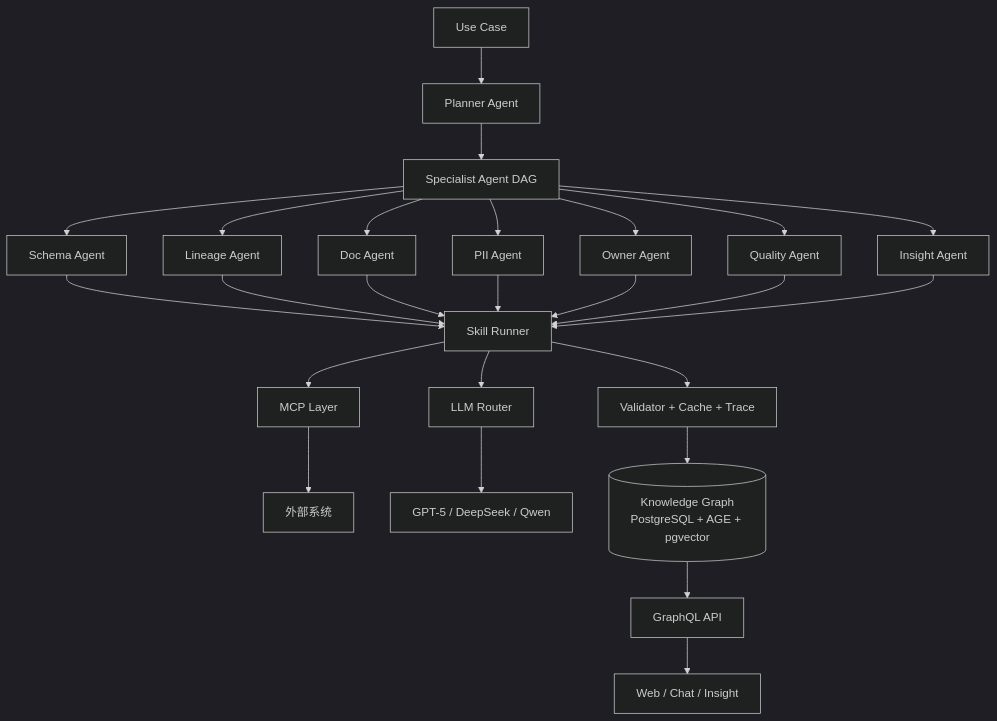
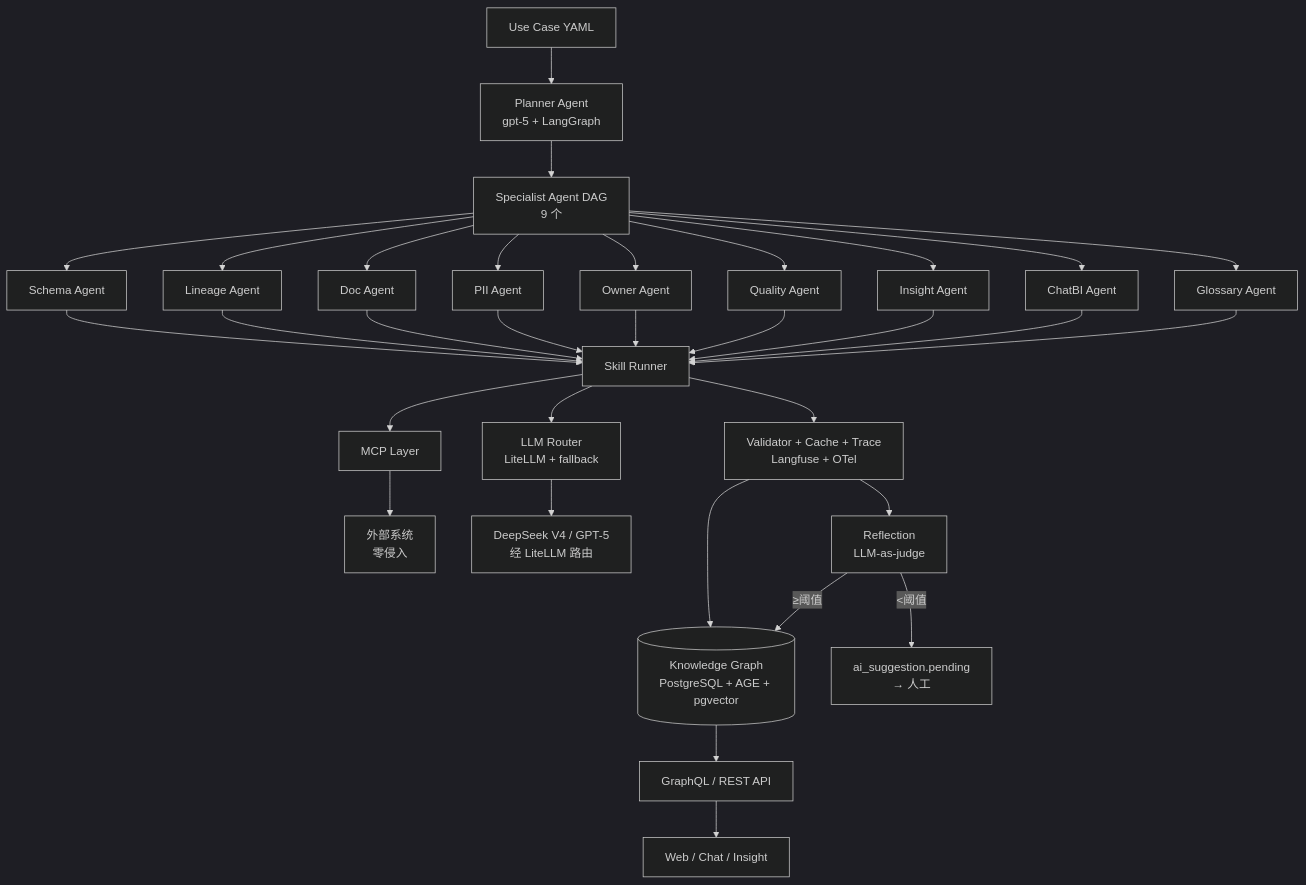
Before and after one commit to gavenlv/idm: the seventh of 11 diagrams in docs/design/architecture.md, drawn with Mermaid (dark theme). The commit also changed other lines of this file and 140 other files, not shown here.

````diff
--- a/docs/design/architecture.md
+++ b/docs/design/architecture.md
@@ -250,27 +365,27 @@
 ```mermaid
 flowchart TB
-    A[Use Case] --> B[Planner Agent]
-    B --> C[Specialist Agent DAG]
+    A[Use Case YAML] --> B[Planner Agent<br/>gpt-5 + LangGraph]
+    B --> C[Specialist Agent DAG<br/>9 个]
     C --> D1[Schema Agent]
     C --> D2[Lineage Agent]
     C --> D3[Doc Agent]
     C --> D4[PII Agent]
     C --> D5[Owner Agent]
     C --> D6[Quality Agent]
     C --> D7[Insight Agent]
+    C --> D8[ChatBI Agent]
+    C --> D9[Glossary Agent]
     D1 --> E[Skill Runner]
-    D2 --> E
-    D3 --> E
-    D4 --> E
-    D5 --> E
-    D6 --> E
-    D7 --> E
+    D2 & D3 & D4 & D5 & D6 & D7 & D8 & D9 --> E
     E --> F[MCP Layer]
-    E --> G[LLM Router]
-    F --> H[外部系统]
-    G --> I[GPT-5 / DeepSeek / Qwen]
-    E --> J[Validator + Cache + Trace]
+    E --> G[LLM Router<br/>LiteLLM + fallback]
+    E --> J[Validator + Cache + Trace<br/>Langfuse + OTel]
+    F --> H[外部系统<br/>零侵入]
+    G --> I[DeepSeek V4 / GPT-5<br/>经 LiteLLM 路由]
     J --> K[(Knowledge Graph<br/>PostgreSQL + AGE + pgvector)]
-    K --> L[GraphQL API]
+    K --> L[GraphQL / REST API]
     L --> M[Web / Chat / Insight]
+    J --> N[Reflection<br/>LLM-as-judge]
+    N -->|≥阈值| K
+    N -->|<阈值| H2[ai_suggestion.pending<br/>→ 人工]
 ```
````
